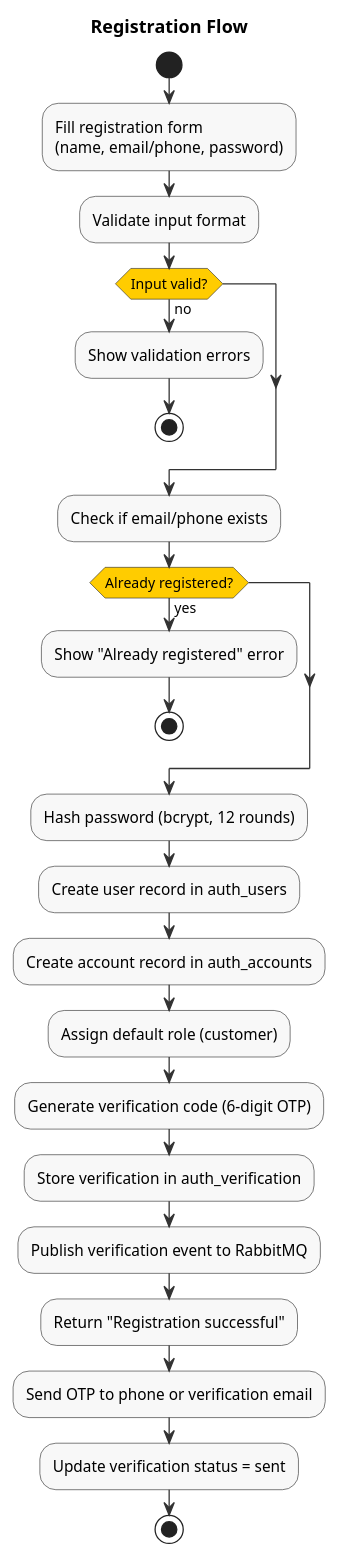
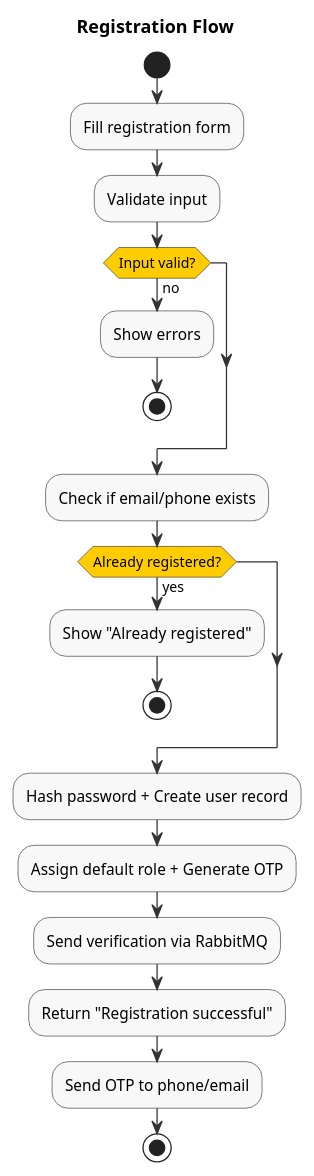
One commit to namnh240795/document changed the diagram in modules/auth/diagrams/activity/registration-activity.puml. Above: the diagram before and after it, drawn with PlantUML. The commit also changed 35 other files, not shown here.

First line of the commit message:
Merge system flows with use cases in SRS, update diagrams and module docs

```diff
--- a/modules/auth/diagrams/activity/registration-activity.puml
+++ b/modules/auth/diagrams/activity/registration-activity.puml
@@ -1,58 +1,46 @@
 @startuml
 ' ============================================================
-' Activity Diagram - Registration Flow
-' Simplified without swimlanes
+' Activity Diagram - Registration Flow (Compact for A4)
 ' ============================================================
 
 skinparam activity {
   BackgroundColor #F8F8F8
   BorderColor #333333
   ArrowColor #333333
   DiamondBackgroundColor #FFCC00
   DiamondBorderColor #333333
 }
 
 title Registration Flow
 
 start
 
-:Fill registration form
-(name, email/phone, password);
+:Fill registration form;
 
-:Validate input format;
+:Validate input;
 
 if (Input valid?) then (no)
-  :Show validation errors;
+  :Show errors;
   stop
 endif
 
 :Check if email/phone exists;
 
 if (Already registered?) then (yes)
-  :Show "Already registered" error;
+  :Show "Already registered";
   stop
 endif
 
-:Hash password (bcrypt, 12 rounds);
+:Hash password + Create user record;
 
-:Create user record in auth_users;
+:Assign default role + Generate OTP;
 
-:Create account record in auth_accounts;
-
-:Assign default role (customer);
-
-:Generate verification code (6-digit OTP);
-
-:Store verification in auth_verification;
-
-:Publish verification event to RabbitMQ;
+:Send verification via RabbitMQ;
 
 :Return "Registration successful";
 
-:Send OTP to phone or verification email;
-
-:Update verification status = sent;
+:Send OTP to phone/email;
 
 stop
 
 @enduml
```
